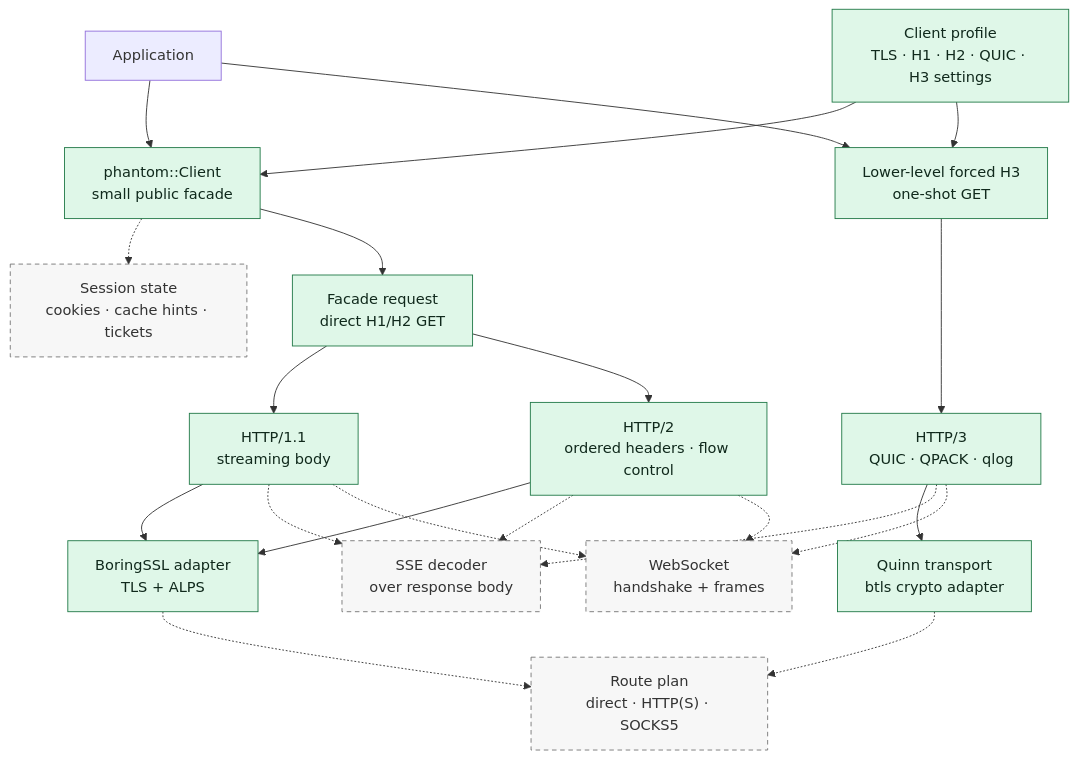
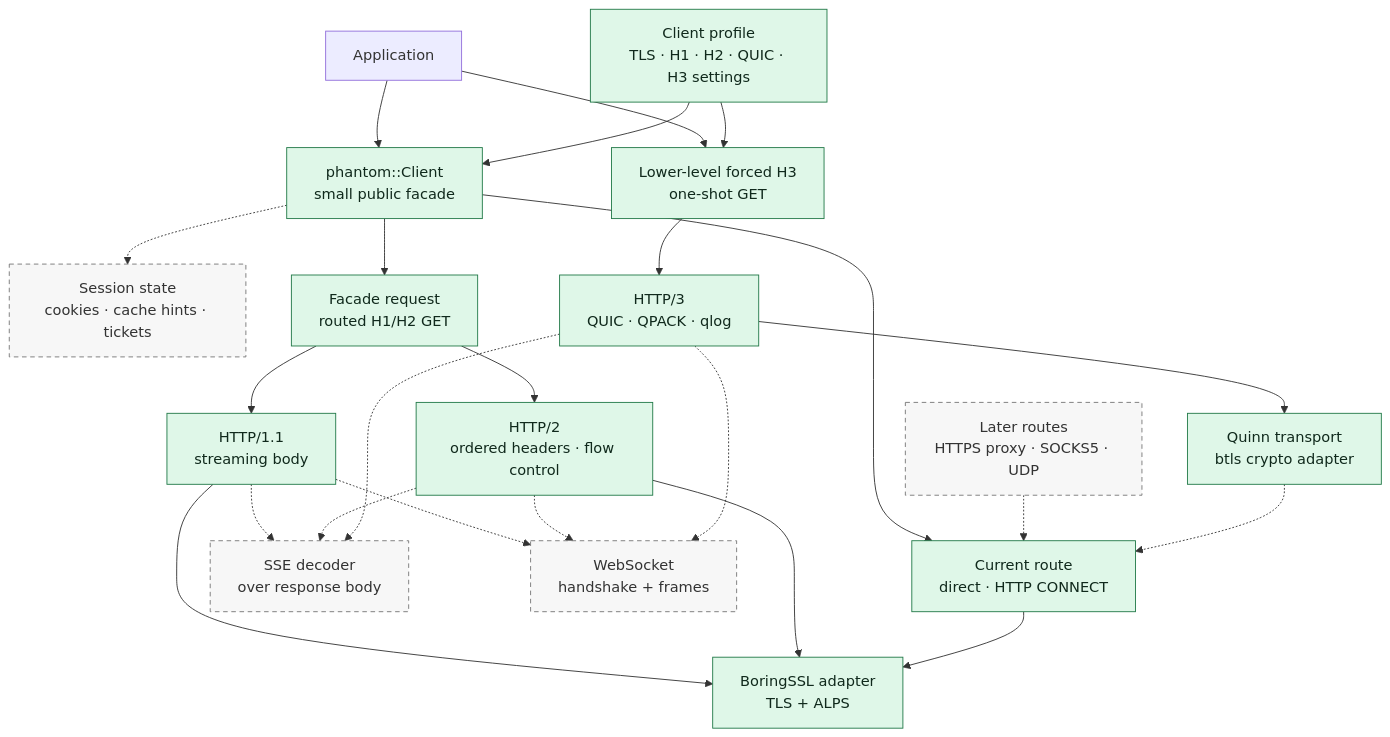
One commit to bywayhq/phantom changed the first of 4 diagrams in docs/architecture.md. Above: the diagram before and after it, drawn with Mermaid. The commit also changed other lines of this file and 27 other files, not shown here.

Commit message:
feat(proxy): add ordered HTTP CONNECT routes

````diff
--- a/docs/architecture.md
+++ b/docs/architecture.md
@@ -22,44 +22,47 @@
 ```mermaid
 flowchart TB
     User[Application]
     Client["phantom::Client<br/>small public facade"]
     Session["Session state<br/>cookies · cache hints · tickets"]
     Profile["Client profile<br/>TLS · H1 · H2 · QUIC · H3 settings"]
-    Route["Route plan<br/>direct · HTTP(S) · SOCKS5"]
-    FacadeRequest["Facade request<br/>direct H1/H2 GET"]
+    Route["Current route<br/>direct · HTTP CONNECT"]
+    FutureRoute["Later routes<br/>HTTPS proxy · SOCKS5 · UDP"]
+    FacadeRequest["Facade request<br/>routed H1/H2 GET"]
     DirectH3["Lower-level forced H3<br/>one-shot GET"]
 
     H1["HTTP/1.1<br/>streaming body"]
     H2["HTTP/2<br/>ordered headers · flow control"]
     H3["HTTP/3<br/>QUIC · QPACK · qlog"]
     TLS["BoringSSL adapter<br/>TLS + ALPS"]
     QUIC["Quinn transport<br/>btls crypto adapter"]
     SSE["SSE decoder<br/>over response body"]
     WS["WebSocket<br/>handshake + frames"]
 
     User --> Client
     User --> DirectH3
     Profile --> Client
     Profile --> DirectH3
     FacadeRequest --> H1
     FacadeRequest --> H2
     Client -.-> Session
+    Client --> Route
+    FutureRoute -.-> Route
     Client --> FacadeRequest
     DirectH3 --> H3
     H1 --> TLS
     H2 --> TLS
     H3 --> QUIC
-    TLS -.-> Route
+    Route --> TLS
     QUIC -.-> Route
     H1 -.-> SSE
     H2 -.-> SSE
     H3 -.-> SSE
     H1 -.-> WS
     H2 -.-> WS
     H3 -.-> WS
 
     classDef current fill:#dff7e8,stroke:#237a49,color:#10291c
     classDef planned fill:#f7f7f7,stroke:#777,stroke-dasharray:5 4,color:#333
-    class Client,Profile,FacadeRequest,DirectH3,H1,H2,H3,TLS,QUIC current
-    class Session,Route,SSE,WS planned
+    class Client,Profile,Route,FacadeRequest,DirectH3,H1,H2,H3,TLS,QUIC current
+    class Session,FutureRoute,SSE,WS planned
 ```
````
